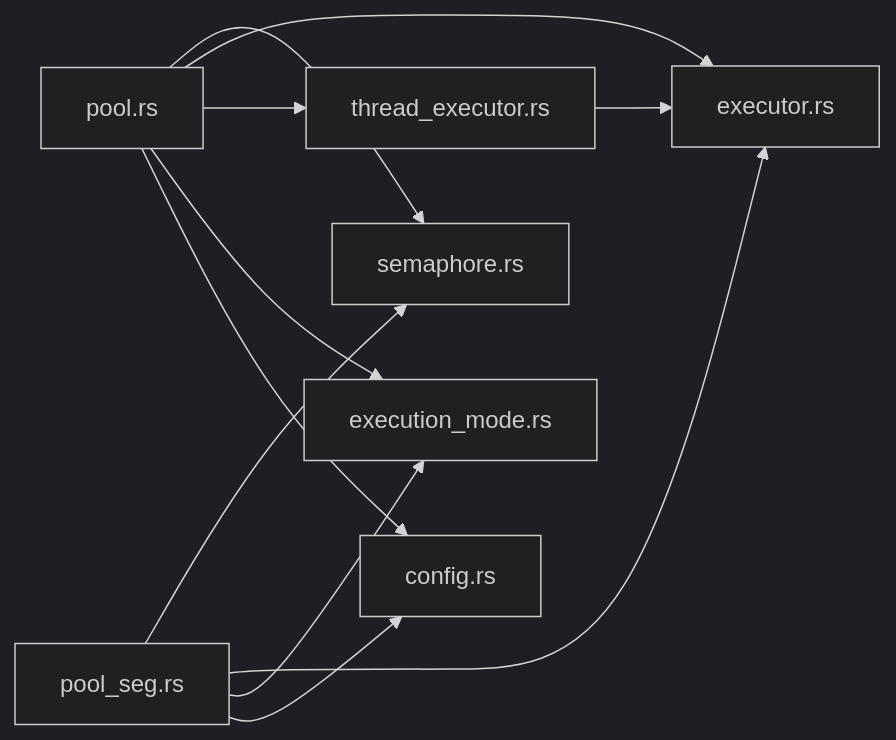
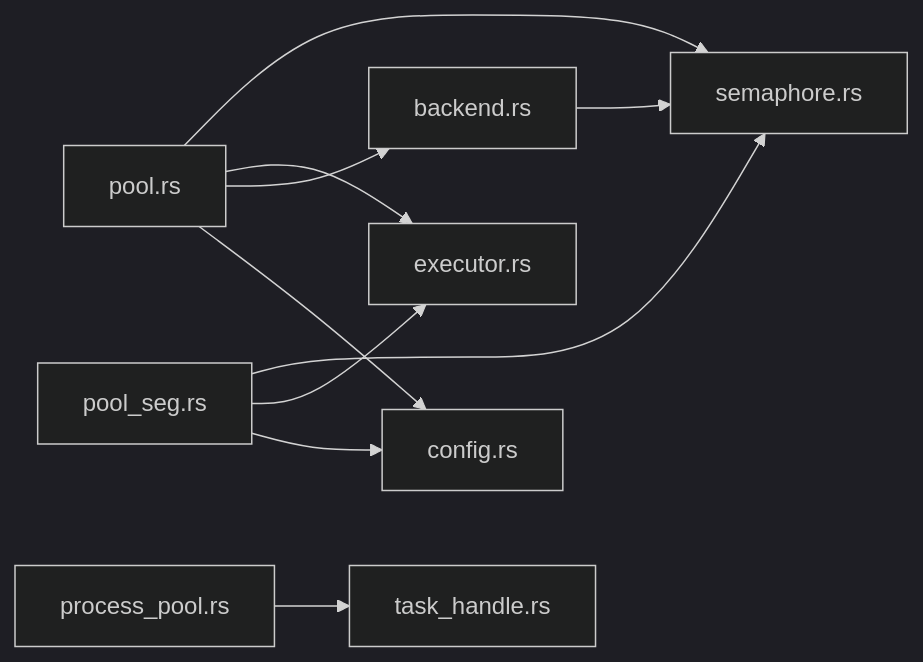
One commit to xcry2006/execute changed the tenth of 10 diagrams in .qoder/repowiki/zh/content/并发控制机制.md. Above: the diagram before and after it, drawn with Mermaid (dark theme). The commit also changed other lines of this file and 9 other files, not shown here.

````diff
--- a/.qoder/repowiki/zh/content/并发控制机制.md
+++ b/.qoder/repowiki/zh/content/并发控制机制.md
@@ -350,13 +426,12 @@
 ```mermaid
 graph LR
 POOL["pool.rs"] --> SEM["semaphore.rs"]
 POOL --> EXE["executor.rs"]
-POOL --> THR["thread_executor.rs"]
-POOL --> MODE["execution_mode.rs"]
+POOL --> BACKEND["backend.rs"]
 POOL --> CFG["config.rs"]
 POOLSEG["pool_seg.rs"] --> SEM
 POOLSEG --> EXE
-POOLSEG --> MODE
 POOLSEG --> CFG
-THR --> EXE
+BACKEND --> SEM
+PROCESS_POOL["process_pool.rs"] --> TASK_HANDLE["task_handle.rs"]
 ```
````
